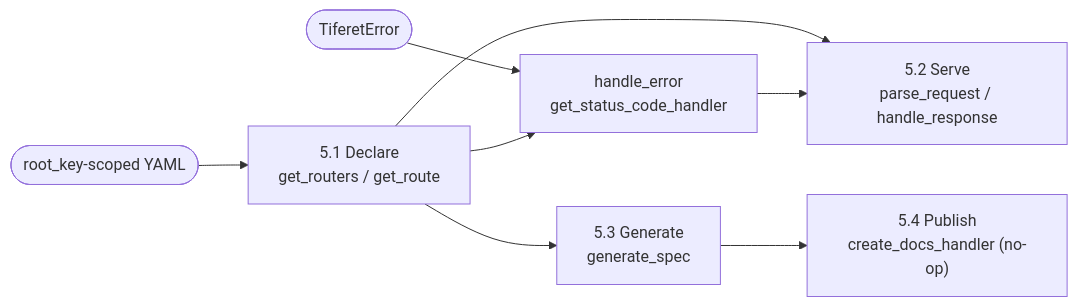
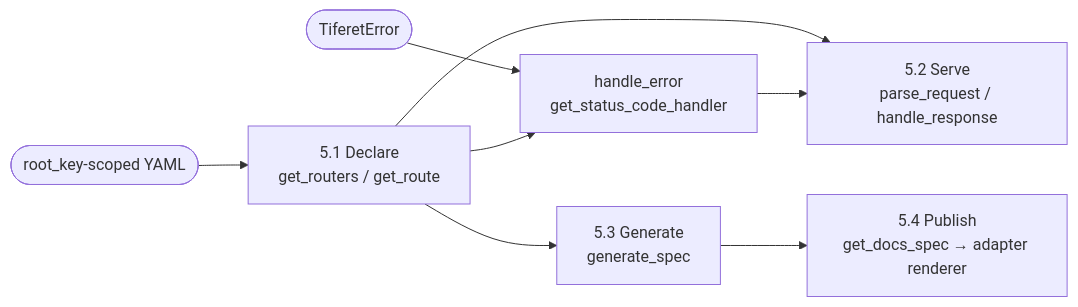
Before and after one commit to greatstrength/tiferet-openapi: the diagram in docs/core-domain-distillation.md, drawn with Mermaid. The commit also changed other lines of this file and 3 other files, not shown here.

First line of the commit message:
Contexts – Publish Seam: get_docs_spec (#48)

````diff
--- a/docs/core-domain-distillation.md
+++ b/docs/core-domain-distillation.md
@@ -91,10 +91,10 @@
 ```mermaid
 flowchart LR
   YAML([root_key-scoped YAML]) --> DECL["5.1 Declare<br/>get_routers / get_route"]
   DECL --> SERVE["5.2 Serve<br/>parse_request / handle_response"]
   DECL --> GEN["5.3 Generate<br/>generate_spec"]
-  GEN --> PUB["5.4 Publish<br/>create_docs_handler (no-op)"]
+  GEN --> PUB["5.4 Publish<br/>get_docs_spec → adapter renderer"]
   ERR(["TiferetError"]) --> STATUS["handle_error<br/>get_status_code_handler"]
   DECL --> STATUS
   STATUS --> SERVE
 ```
````
